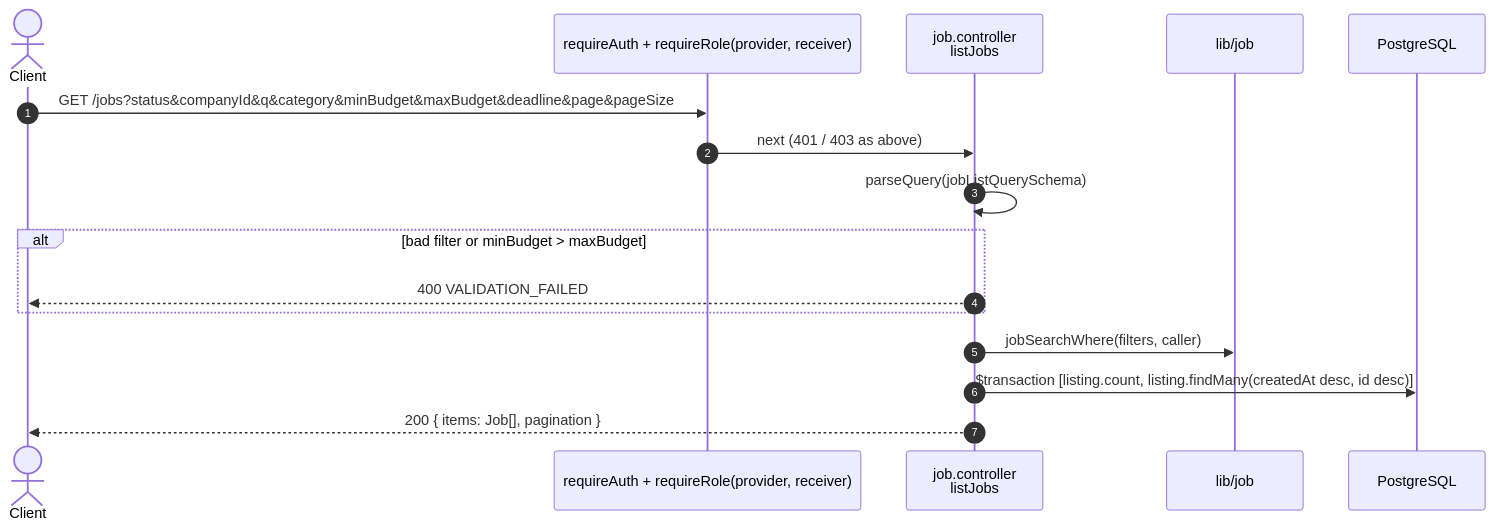
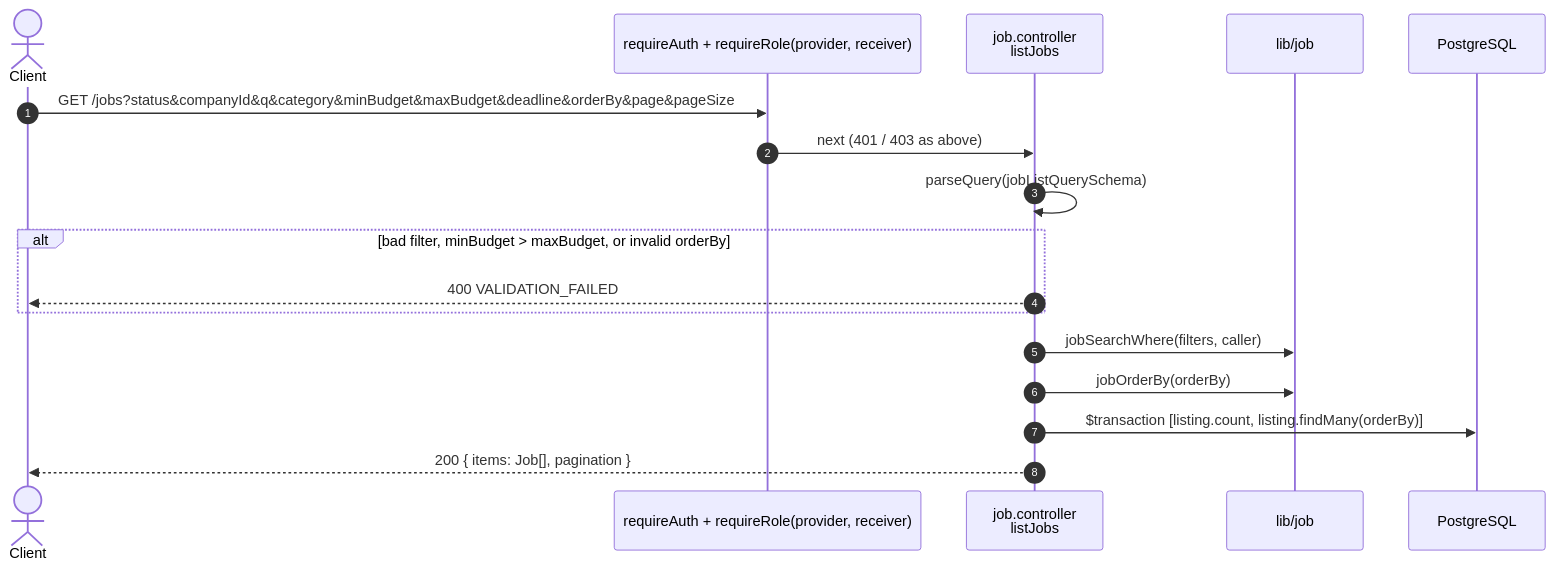
The second of 8 diagrams in docs/api/jobs.md (taofuuu/MangoDB), drawn with Mermaid before and after one commit. The commit also changed other lines of this file and 1 other file, not shown here.

Commit message:
docs: update ai-brief with job orderBy documentation

````diff
--- a/docs/api/jobs.md
+++ b/docs/api/jobs.md
@@ -59,19 +59,20 @@
 ```mermaid
 sequenceDiagram
     autonumber
     actor C as Client
     participant G as requireAuth + requireRole(provider, receiver)
     participant Ctl as job.controller<br/>listJobs
     participant L as lib/job
     participant DB as PostgreSQL
 
-    C->>G: GET /jobs?status&companyId&q&category&minBudget&maxBudget&deadline&page&pageSize
+    C->>G: GET /jobs?status&companyId&q&category&minBudget&maxBudget&deadline&orderBy&page&pageSize
     G->>Ctl: next (401 / 403 as above)
     Ctl->>Ctl: parseQuery(jobListQuerySchema)
-    alt bad filter or minBudget > maxBudget
+    alt bad filter, minBudget > maxBudget, or invalid orderBy
         Ctl-->>C: 400 VALIDATION_FAILED
     end
     Ctl->>L: jobSearchWhere(filters, caller)
-    Ctl->>DB: $transaction [listing.count, listing.findMany(createdAt desc, id desc)]
+    Ctl->>L: jobOrderBy(orderBy)
+    Ctl->>DB: $transaction [listing.count, listing.findMany(orderBy)]
     Ctl-->>C: 200 { items: Job[], pagination }
 ```
````
